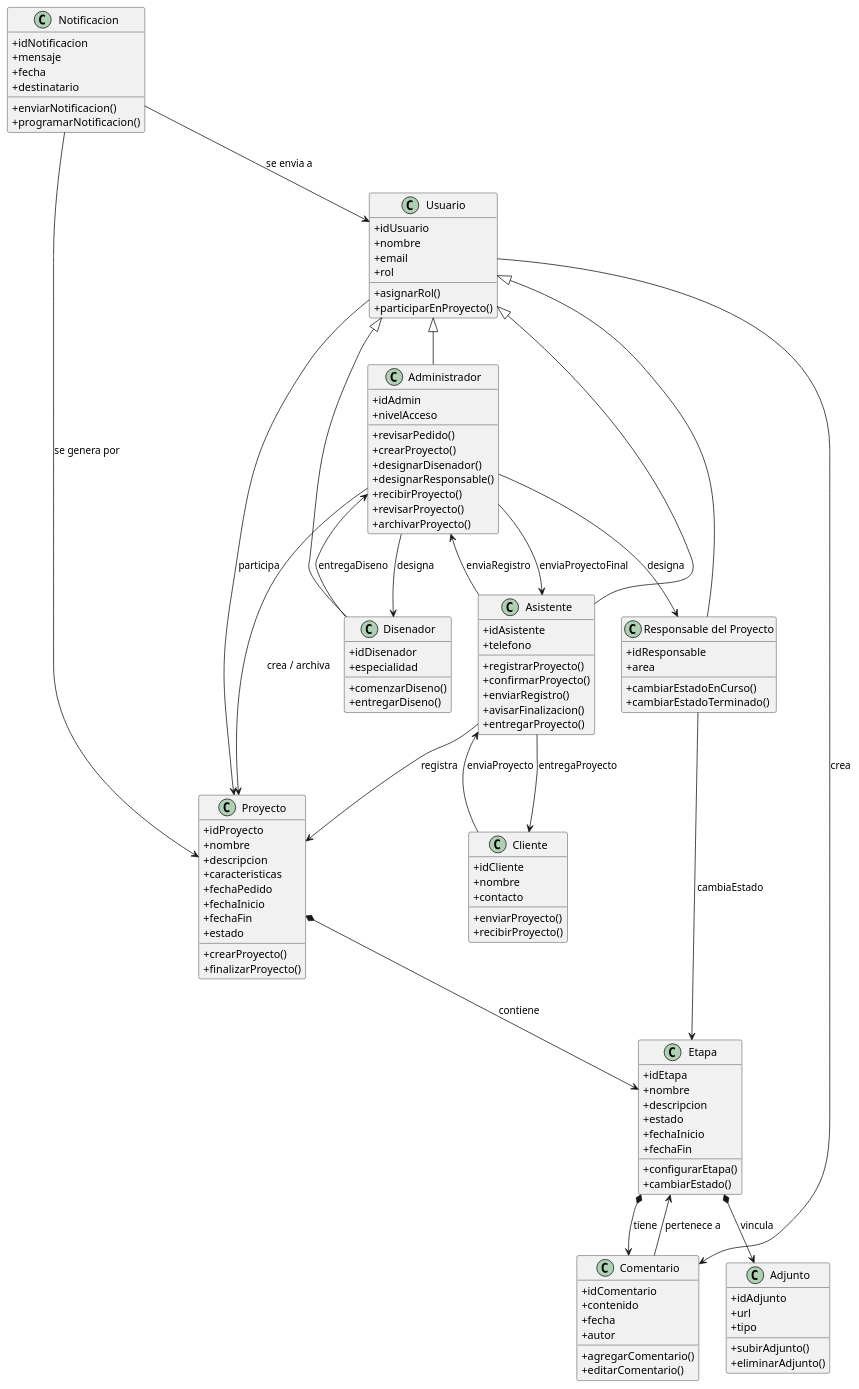
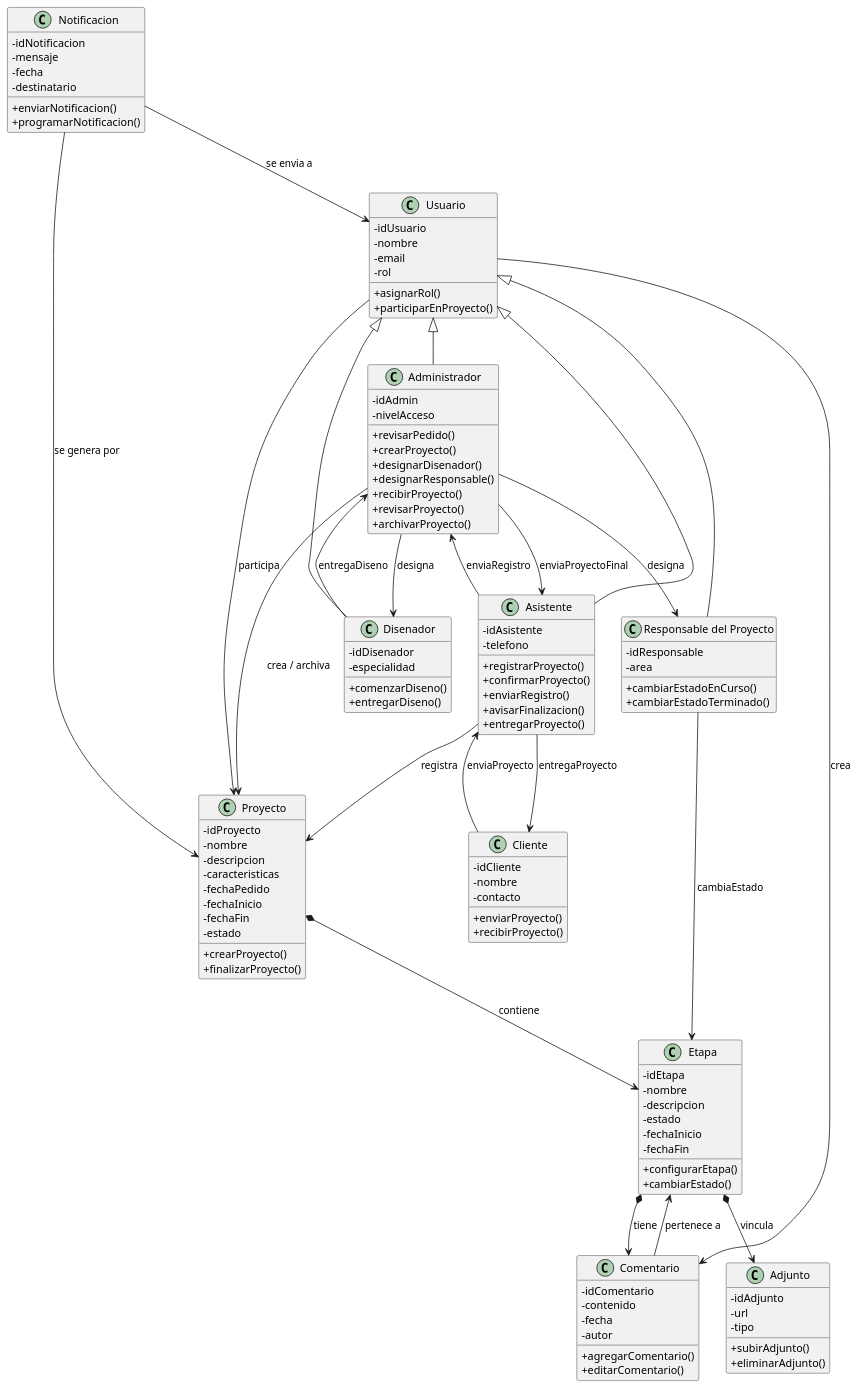
One commit to GonzaloBarbano/SistemaProductoraVideos changed the diagram in diagramas/01-diagrama-clases/01-boceto-inicial.puml. Above: the diagram before and after it, drawn with PlantUML.

```diff
--- a/diagramas/01-diagrama-clases/01-boceto-inicial.puml
+++ b/diagramas/01-diagrama-clases/01-boceto-inicial.puml
@@ -1,152 +1,152 @@
 @startuml
 skinparam classAttributeIconSize 0
 
 ' ====================
 ' Clase base
 ' ====================
 class Usuario {
-    +idUsuario
-    +nombre
-    +email
-    +rol
+    -idUsuario
+    -nombre
+    -email
+    -rol
     +asignarRol()
     +participarEnProyecto()
 }
 
 ' ====================
 ' Roles como especialización de Usuario
 ' ====================
 class Administrador {
-    +idAdmin
-    +nivelAcceso
+    -idAdmin
+    -nivelAcceso
     +revisarPedido()
     +crearProyecto()
     +designarDisenador()
     +designarResponsable()
     +recibirProyecto()
     +revisarProyecto()
     +archivarProyecto()
 }
 
 class Disenador {
-    +idDisenador
-    +especialidad
+    -idDisenador
+    -especialidad
     +comenzarDiseno()
     +entregarDiseno()
 }
 
 class "Responsable del Proyecto" as Responsable {
-    +idResponsable
-    +area
+    -idResponsable
+    -area
     +cambiarEstadoEnCurso()
     +cambiarEstadoTerminado()
 }
 
 class Asistente {
-    +idAsistente
-    +telefono
+    -idAsistente
+    -telefono
     +registrarProyecto()
     +confirmarProyecto()
     +enviarRegistro()
     +avisarFinalizacion()
     +entregarProyecto()
 }
 
 Usuario <|-- Administrador
 Usuario <|-- Disenador
 Usuario <|-- Responsable
 Usuario <|-- Asistente
 
 ' ====================
 ' Cliente externo
 ' ====================
 class Cliente {
-    +idCliente
-    +nombre
-    +contacto
+    -idCliente
+    -nombre
+    -contacto
     +enviarProyecto()
     +recibirProyecto()
 }
 
 ' ====================
 ' Entidades núcleo
 ' ====================
 class Proyecto {
-    +idProyecto
-    +nombre
-    +descripcion
-    +caracteristicas
-    +fechaPedido
-    +fechaInicio
-    +fechaFin
-    +estado
+    -idProyecto
+    -nombre
+    -descripcion
+    -caracteristicas
+    -fechaPedido
+    -fechaInicio
+    -fechaFin
+    -estado
     +crearProyecto()
     +finalizarProyecto()
 }
 
 class Etapa {
-    +idEtapa
-    +nombre
-    +descripcion
-    +estado
-    +fechaInicio
-    +fechaFin
+    -idEtapa
+    -nombre
+    -descripcion
+    -estado
+    -fechaInicio
+    -fechaFin
     +configurarEtapa()
     +cambiarEstado()
 }
 
 ' ====================
 ' Entidades auxiliares
 ' ====================
 class Comentario {
-    +idComentario
-    +contenido
-    +fecha
-    +autor
+    -idComentario
+    -contenido
+    -fecha
+    -autor
     +agregarComentario()
     +editarComentario()
 }
 
 class Adjunto {
-    +idAdjunto
-    +url
-    +tipo
+    -idAdjunto
+    -url
+    -tipo
     +subirAdjunto()
     +eliminarAdjunto()
 }
 
 class Notificacion {
-    +idNotificacion
-    +mensaje
-    +fecha
-    +destinatario
+    -idNotificacion
+    -mensaje
+    -fecha
+    -destinatario
     +enviarNotificacion()
     +programarNotificacion()
 }
 
 ' ====================
 ' Relaciones de actores con Proyecto
 ' ====================
 Cliente --> Asistente : enviaProyecto
 Asistente --> Proyecto : registra
 Asistente --> Administrador : enviaRegistro
 Administrador --> Proyecto : crea / archiva
 Administrador --> Disenador : designa
 Administrador --> Responsable : designa
 Disenador --> Administrador : entregaDiseno
 Administrador --> Asistente : enviaProyectoFinal
 Asistente --> Cliente : entregaProyecto
 Responsable --> Etapa : cambiaEstado
 
 ' ====================
 ' Relaciones internas del modelo
 ' ====================
 Proyecto *--> Etapa : contiene
 Etapa *--> Comentario : tiene
 Etapa *--> Adjunto : vincula
 Usuario --> Proyecto : participa
 Usuario --> Comentario : crea
 Comentario --> Etapa : pertenece a
 Notificacion --> Usuario : se envia a
 Notificacion --> Proyecto : se genera por
 @enduml
```
